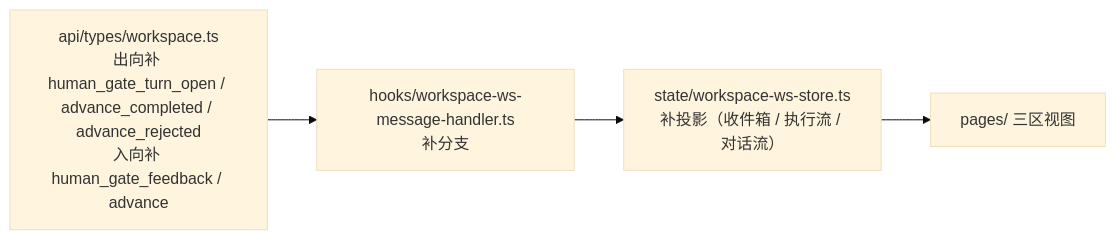
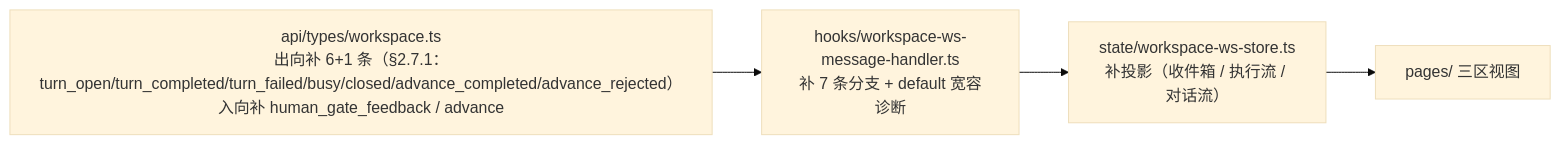
Before and after one commit to michaelChe956/cadence-aria: the second of 3 diagrams in cadence/designs/2026-09-13_设计文档_3.7UIUX自动执行驾驶舱_v1.0.md, drawn with Mermaid (base theme). The commit also changed other lines of this file, not shown here.

````diff
--- a/cadence/designs/2026-09-13_设计文档_3.7UIUX自动执行驾驶舱_v1.0.md
+++ b/cadence/designs/2026-09-13_设计文档_3.7UIUX自动执行驾驶舱_v1.0.md
@@ -356,6 +388,6 @@
 ```mermaid
 flowchart LR
-  T["api/types/workspace.ts<br/>出向补 human_gate_turn_open / advance_completed / advance_rejected<br/>入向补 human_gate_feedback / advance"] --> H["hooks/workspace-ws-message-handler.ts<br/>补分支"]
+  T["api/types/workspace.ts<br/>出向补 6+1 条（§2.7.1：turn_open/turn_completed/turn_failed/busy/closed/advance_completed/advance_rejected）<br/>入向补 human_gate_feedback / advance"] --> H["hooks/workspace-ws-message-handler.ts<br/>补 7 条分支 + default 宽容诊断"]
   H --> S["state/workspace-ws-store.ts<br/>补投影（收件箱 / 执行流 / 对话流）"]
   S --> V["pages/ 三区视图"]
 ```
````
